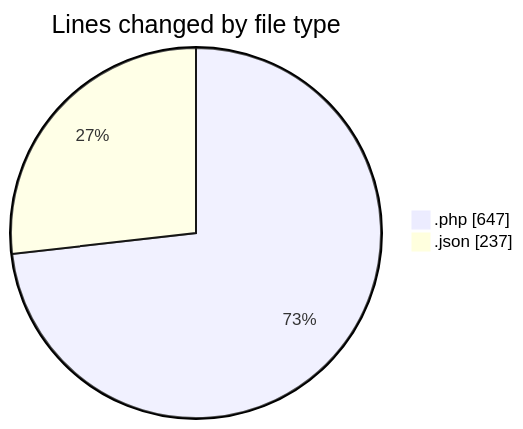
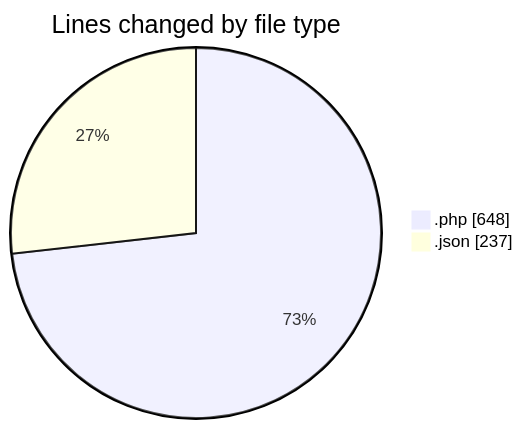
One commit to idhammustaqopulfikri/code-tracking changed the first of 2 diagrams in 2025-06-16/studio-backend/README.md. Above: the diagram before and after it, drawn with Mermaid. The commit also changed other lines of this file and 1 other file, not shown here.

````diff
--- a/2025-06-16/studio-backend/README.md
+++ b/2025-06-16/studio-backend/README.md
@@ -23,6 +23,6 @@
 ```mermaid
 pie showData
 title Lines changed by file type
-".php" : 647
+".php" : 648
 ".json" : 237
 ```
````
